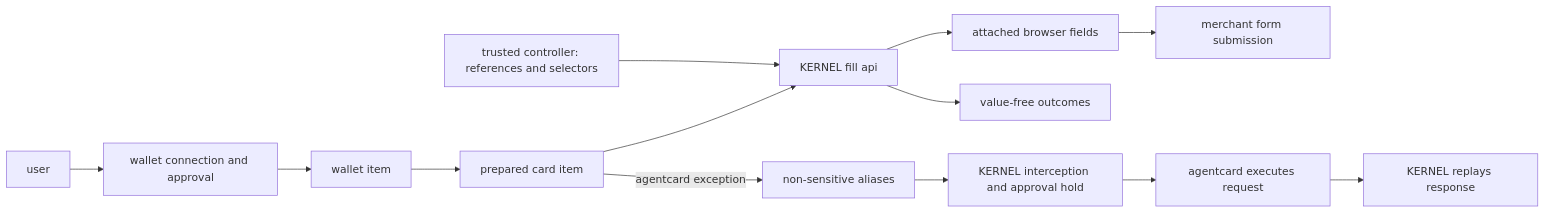
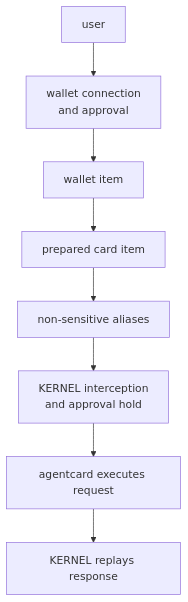
The second of 2 diagrams in browsers/payments.mdx (kernel/docs), drawn with Mermaid before and after one commit. The commit also changed other lines of this file, not shown here.

Commit message:
Lay out payment flows vertically in separate tabs

````diff
--- a/browsers/payments.mdx
+++ b/browsers/payments.mdx
@@ -32,15 +46,10 @@
-```mermaid
-flowchart LR
-  U[user] --> H[wallet connection and approval]
-  H --> W[wallet item]
-  W --> C[prepared card item]
-  C --> F["KERNEL fill api"]
-  T[trusted controller: references and selectors] --> F
-  F --> B[attached browser fields]
-  F --> O[value-free outcomes]
-  B --> S[merchant form submission]
-  C -->|agentcard exception| A[non-sensitive aliases]
-  A --> E[KERNEL interception and approval hold]
-  E --> X[agentcard executes request]
-  X --> R[KERNEL replays response]
-```
+    ```mermaid
+    flowchart TD
+      U[user] --> H["wallet connection<br/>and approval"]
+      H --> W[wallet item]
+      W --> C[prepared card item]
+      C --> A[non-sensitive aliases]
+      A --> E["KERNEL interception<br/>and approval hold"]
+      E --> X[agentcard executes request]
+      X --> R[KERNEL replays response]
+    ```
````
